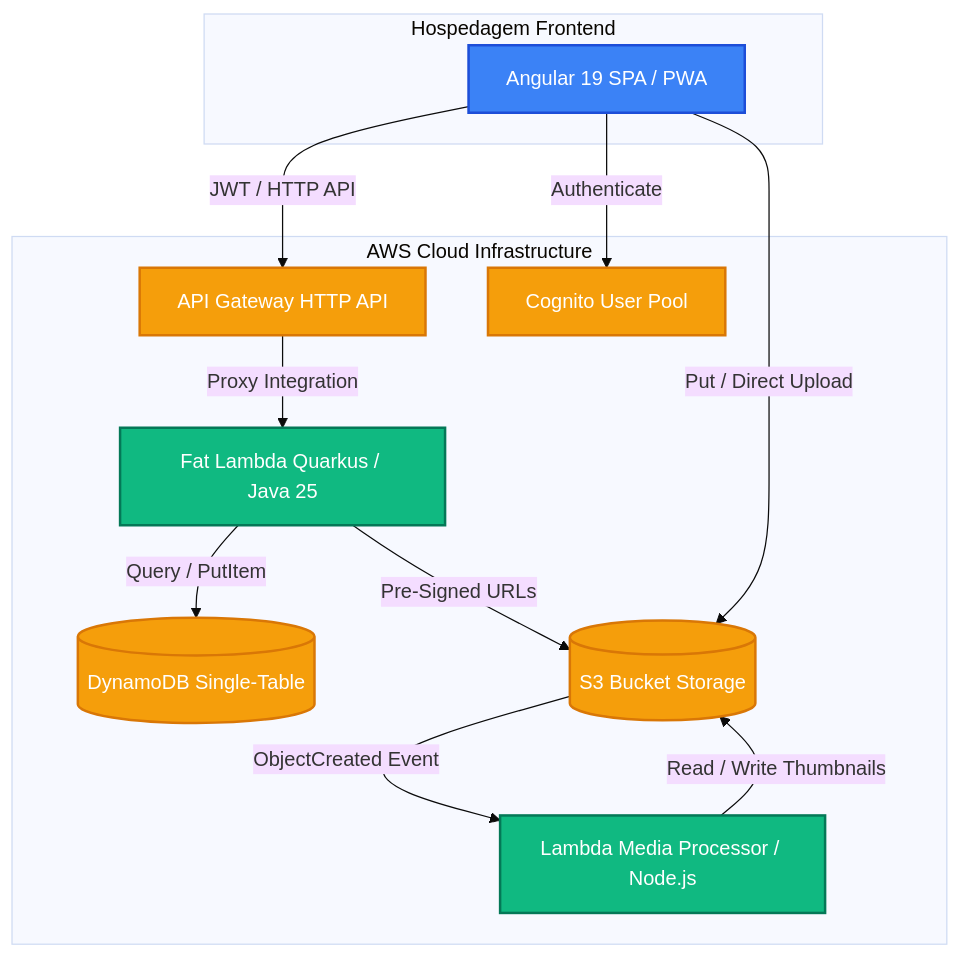
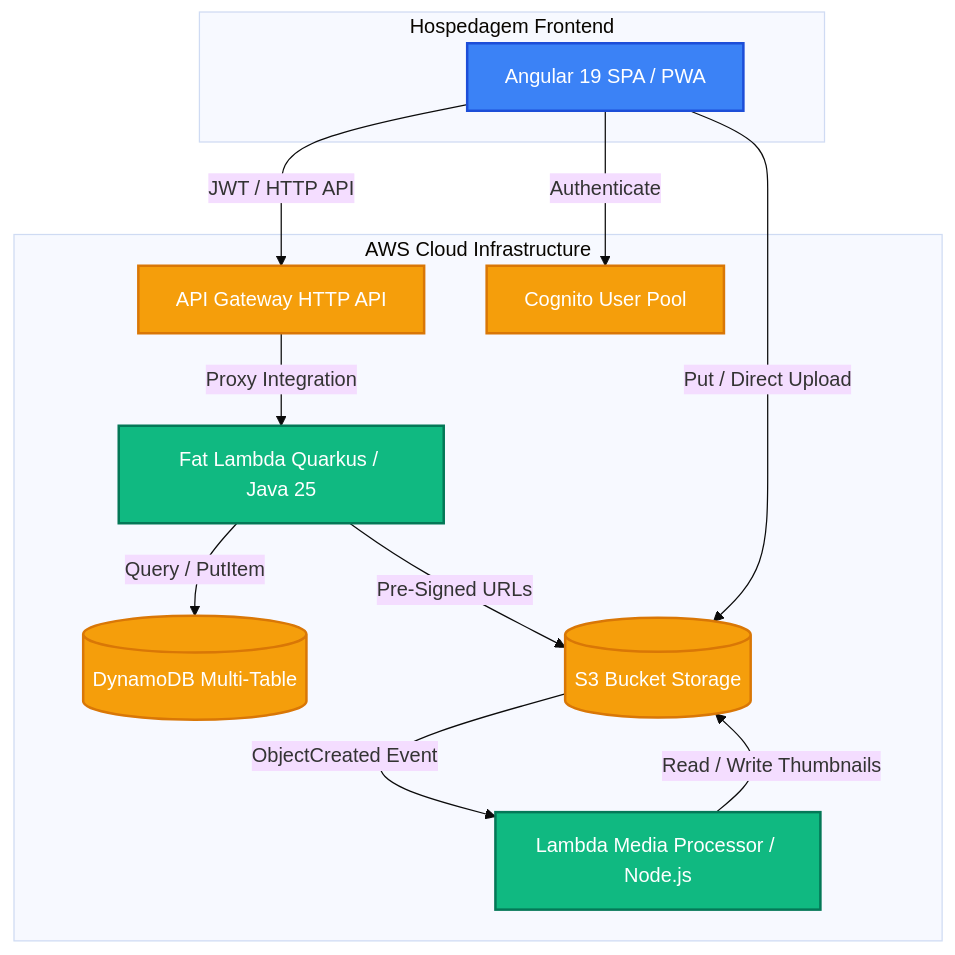
One commit to mtpontes/imob changed the first of 2 diagrams in README.md. Above: the diagram before and after it, drawn with Mermaid (base theme). The commit also changed other lines of this file, not shown here.

Commit message:
docs: update README to reflect transition from single-table to multi-table DynamoDB design

````diff
--- a/README.md
+++ b/README.md
@@ -50,28 +50,28 @@
 ```mermaid
 graph TD
     classDef frontend fill:#3b82f6,stroke:#1d4ed8,stroke-width:2px,color:#fff;
     classDef backend fill:#10b981,stroke:#047857,stroke-width:2px,color:#fff;
     classDef cloud fill:#f59e0b,stroke:#d97706,stroke-width:2px,color:#fff;
 
     subgraph Vercel [Hospedagem Frontend]
         Angular[Angular 19 SPA / PWA]:::frontend
     end
 
     subgraph AWS [AWS Cloud Infrastructure]
         APIGateway[API Gateway HTTP API]:::cloud
         Lambda[Fat Lambda Quarkus / Java 25]:::backend
         MediaProcessor[Lambda Media Processor / Node.js]:::backend
-        DynamoDB[(DynamoDB Single-Table)]:::cloud
+        DynamoDB[(DynamoDB Multi-Table)]:::cloud
         S3Bucket[(S3 Bucket Storage)]:::cloud
         Cognito[Cognito User Pool]:::cloud
     end
 
     Angular -- JWT / HTTP API --> APIGateway
     APIGateway -- Proxy Integration --> Lambda
     Lambda -- Query / PutItem --> DynamoDB
     Lambda -- Pre-Signed URLs --> S3Bucket
     Angular -- Put / Direct Upload --> S3Bucket
     Angular -- Authenticate --> Cognito
     S3Bucket -- ObjectCreated Event --> MediaProcessor
     MediaProcessor -- Read / Write Thumbnails --> S3Bucket
 ```
````
